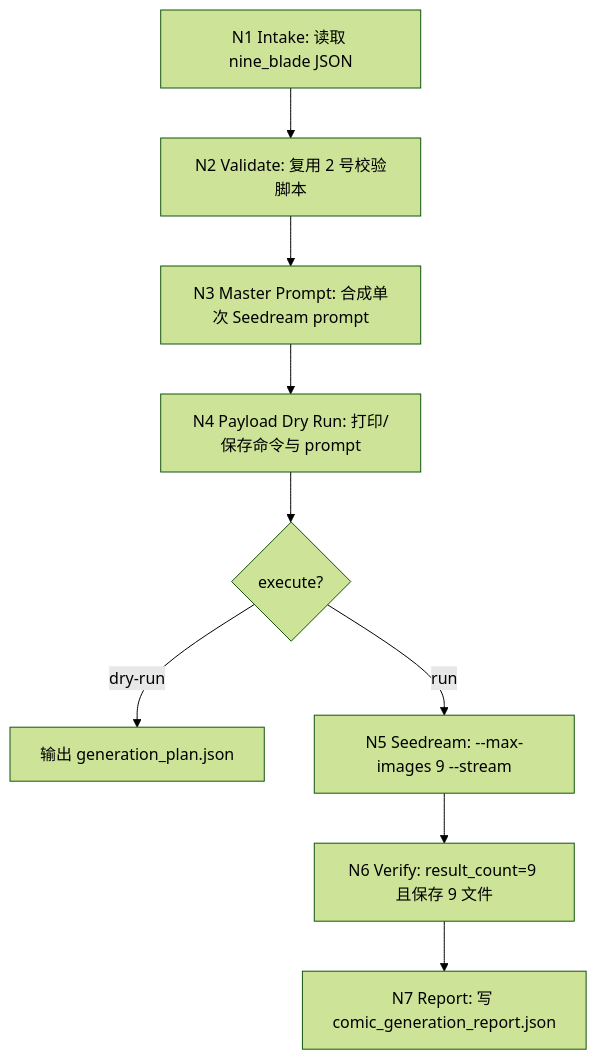
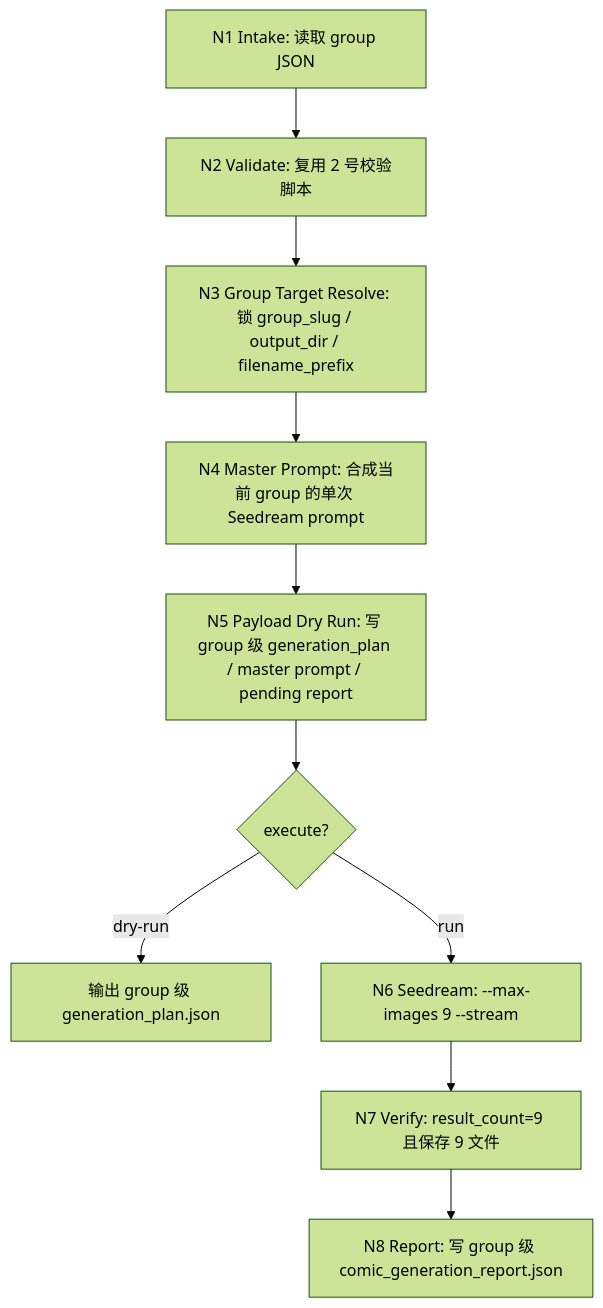
The first of 3 diagrams in .agents/skills/comic/3-漫画生成/SKILL.md (ZEN-VOID/AI-CUT), drawn with Mermaid (forest theme) before and after one commit. The commit also changed other lines of this file and 151 other files, not shown here.

````diff
--- a/.agents/skills/comic/3-漫画生成/SKILL.md
+++ b/.agents/skills/comic/3-漫画生成/SKILL.md
@@ -71,11 +83,12 @@
 ```mermaid
 flowchart TD
-    A["N1 Intake: 读取 nine_blade JSON"] --> B["N2 Validate: 复用 2 号校验脚本"]
-    B --> C["N3 Master Prompt: 合成单次 Seedream prompt"]
-    C --> D["N4 Payload Dry Run: 打印/保存命令与 prompt"]
-    D --> E{"execute?"}
-    E -->|"dry-run"| F["输出 generation_plan.json"]
-    E -->|"run"| G["N5 Seedream: --max-images 9 --stream"]
-    G --> H["N6 Verify: result_count=9 且保存 9 文件"]
-    H --> I["N7 Report: 写 comic_generation_report.json"]
+    A["N1 Intake: 读取 group JSON"] --> B["N2 Validate: 复用 2 号校验脚本"]
+    B --> C["N3 Group Target Resolve: 锁 group_slug / output_dir / filename_prefix"]
+    C --> D["N4 Master Prompt: 合成当前 group 的单次 Seedream prompt"]
+    D --> E["N5 Payload Dry Run: 写 group 级 generation_plan / master prompt / pending report"]
+    E --> F{"execute?"}
+    F -->|"dry-run"| G["输出 group 级 generation_plan.json"]
+    F -->|"run"| H["N6 Seedream: --max-images 9 --stream"]
+    H --> I["N7 Verify: result_count=9 且保存 9 文件"]
+    I --> J["N8 Report: 写 group 级 comic_generation_report.json"]
 ```
````
